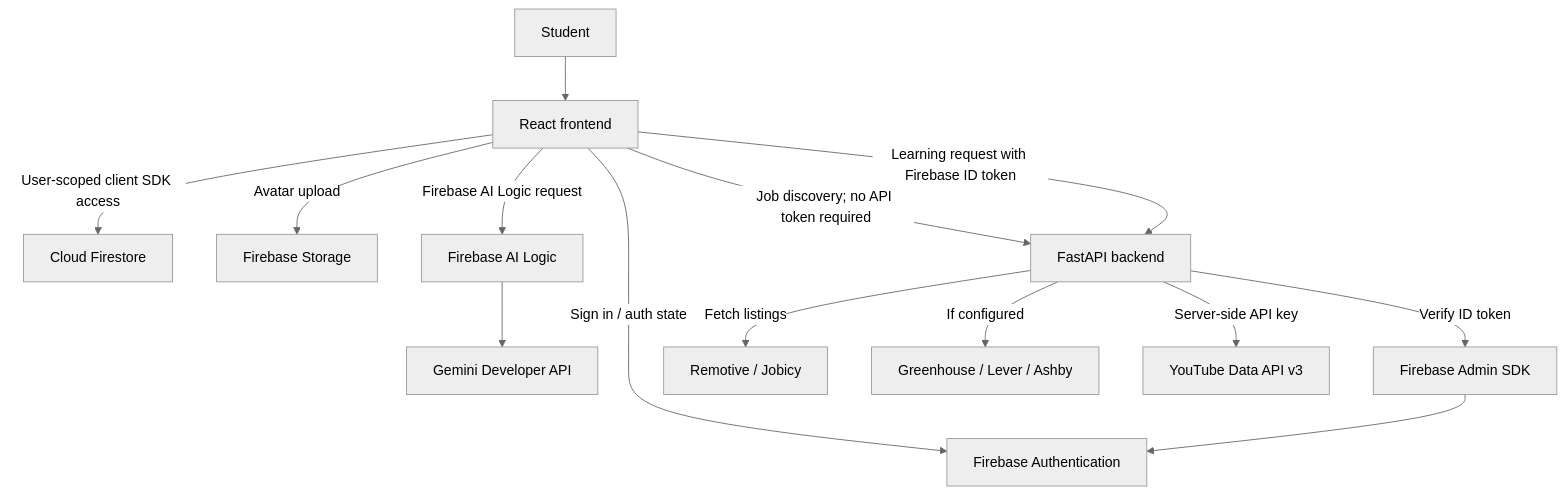
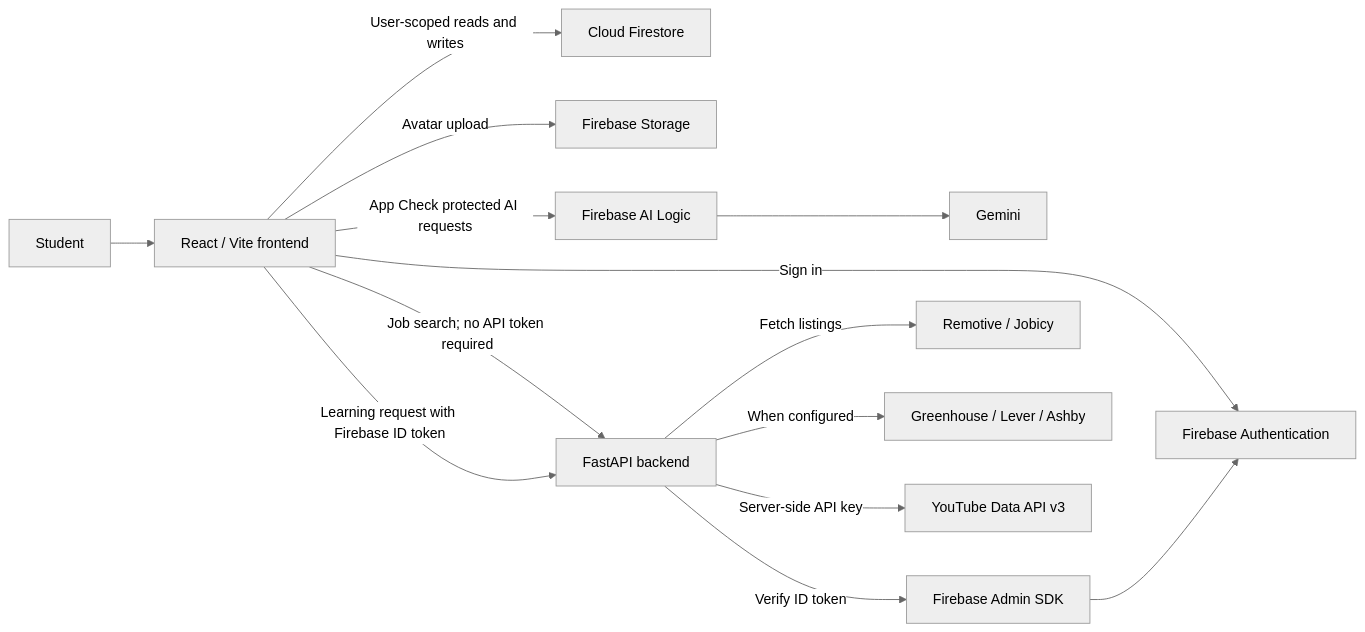
Before and after one commit to bhanurgowda12/CareerScout-AI: the first of 4 diagrams in README.md, drawn with Mermaid (neutral theme). The commit also changed other lines of this file, not shown here.

````diff
--- a/README.md
+++ b/README.md
@@ -82,16 +302,16 @@
 ```mermaid
-flowchart TD
-    Student["Student"] --> React["React frontend"]
-    React -->|Sign in / auth state| Auth["Firebase Authentication"]
-    React -->|User-scoped client SDK access| Firestore["Cloud Firestore"]
+flowchart LR
+    User["Student"] --> React["React / Vite frontend"]
+    React -->|Sign in| Auth["Firebase Authentication"]
+    React -->|User-scoped reads and writes| Firestore["Cloud Firestore"]
     React -->|Avatar upload| Storage["Firebase Storage"]
-    React -->|Firebase AI Logic request| AI["Firebase AI Logic"]
-    AI --> Gemini["Gemini Developer API"]
-    React -->|Job discovery; no API token required| API["FastAPI backend"]
+    React -->|App Check protected AI requests| AILogic["Firebase AI Logic"]
+    AILogic --> Gemini["Gemini"]
+    React -->|Job search; no API token required| API["FastAPI backend"]
     React -->|Learning request with Firebase ID token| API
     API -->|Verify ID token| Admin["Firebase Admin SDK"]
     Admin --> Auth
-    API -->|Fetch listings| Jobs["Remotive / Jobicy"]
-    API -->|If configured| Boards["Greenhouse / Lever / Ashby"]
+    API -->|Fetch listings| Providers["Remotive / Jobicy"]
+    API -->|When configured| Boards["Greenhouse / Lever / Ashby"]
     API -->|Server-side API key| YouTube["YouTube Data API v3"]
 ```
````
